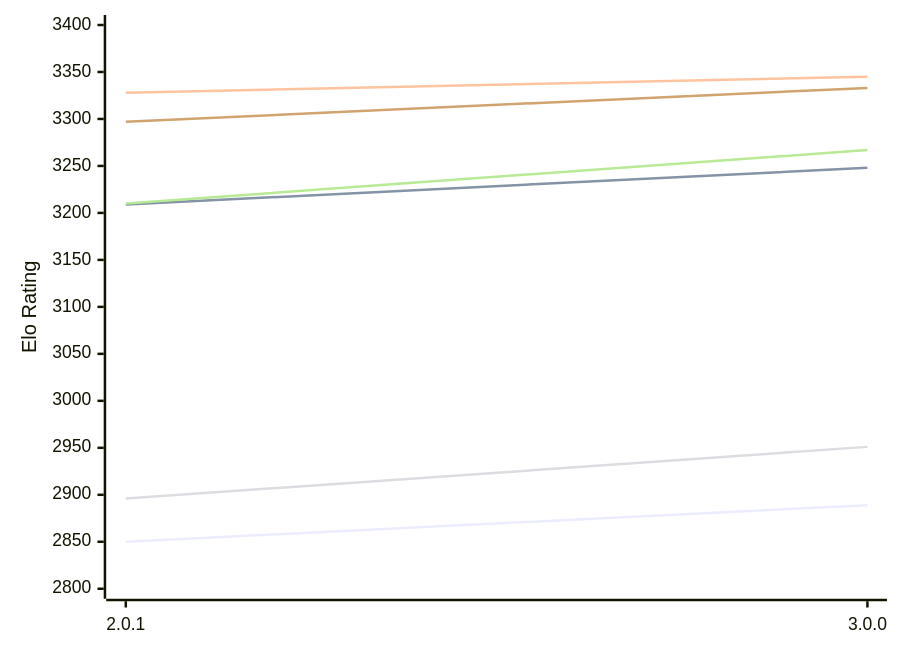
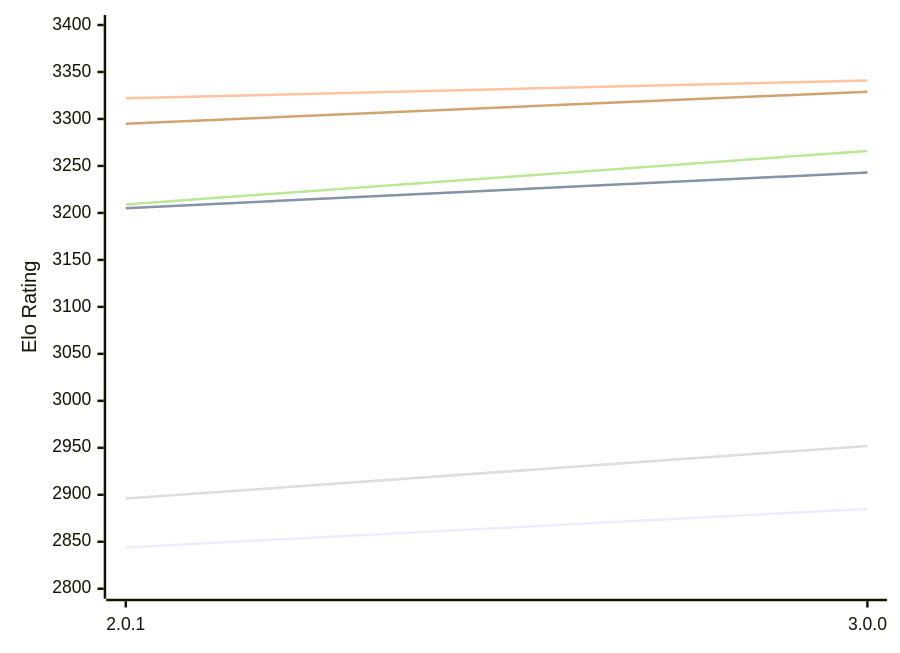
The first of 2 diagrams in engines/Grail.md (computer-chess-index/cci), drawn with Mermaid before and after one commit. The commit also changed other lines of this file, not shown here.

Commit message:
Update CCI Ratings (ELO VLTC) - 2026-11-26

````diff
--- a/engines/Grail.md
+++ b/engines/Grail.md
@@ -56,12 +56,12 @@
 ```mermaid
 %%{init: {"theme":"base","themeVariables":{"seriesColors:['#a3a3a3','#222221','#faa371']}}}%%
 xychart-beta
   x-axis ["2.0.1", "3.0.0"]
   y-axis "Elo Rating" 2800 --> 3400
-  line "E1: STC (8.0+0.08s)" [2850, 2889]
-  line "E1: LTC (60.0+0.60s)" [3209, 3248]
-  line "E1: VLTC (2m24s+1.12s)" [3328, 3345]
-  line "P1: STC (8.0+0.08s)" [2896, 2951]
-  line "P1: LTC (60.0+0.60s)" [3210, 3267]
-  line "P1: VLTC (2m24s+1.12s)" [3297, 3333]
+  line "E1: STC (8.0+0.08s)" [2844, 2885]
+  line "E1: LTC (60.0+0.60s)" [3205, 3243]
+  line "E1: VLTC (2m24s+1.12s)" [3322, 3341]
+  line "P1: STC (8.0+0.08s)" [2896, 2952]
+  line "P1: LTC (60.0+0.60s)" [3209, 3266]
+  line "P1: VLTC (2m24s+1.12s)" [3295, 3329]
 ```
````
